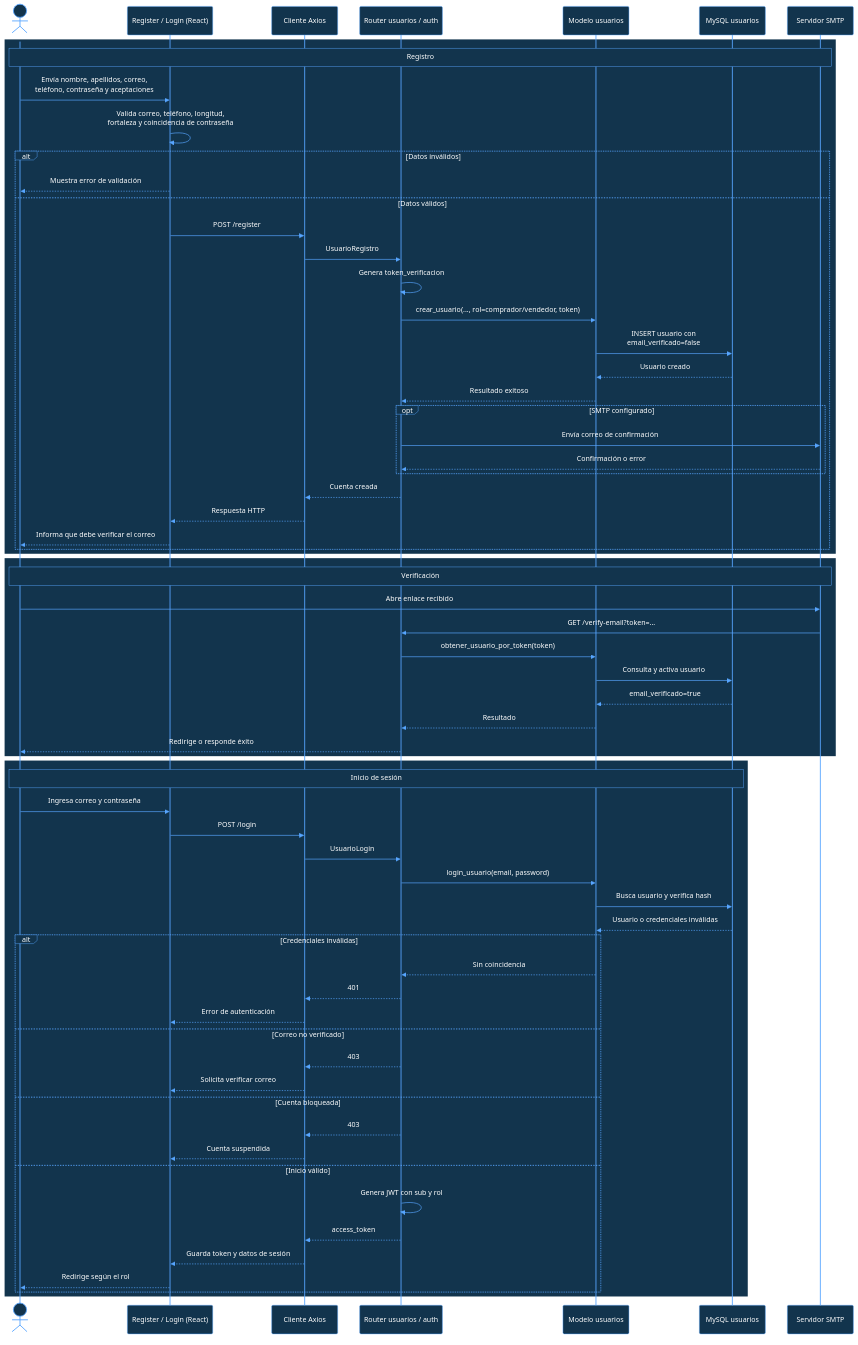
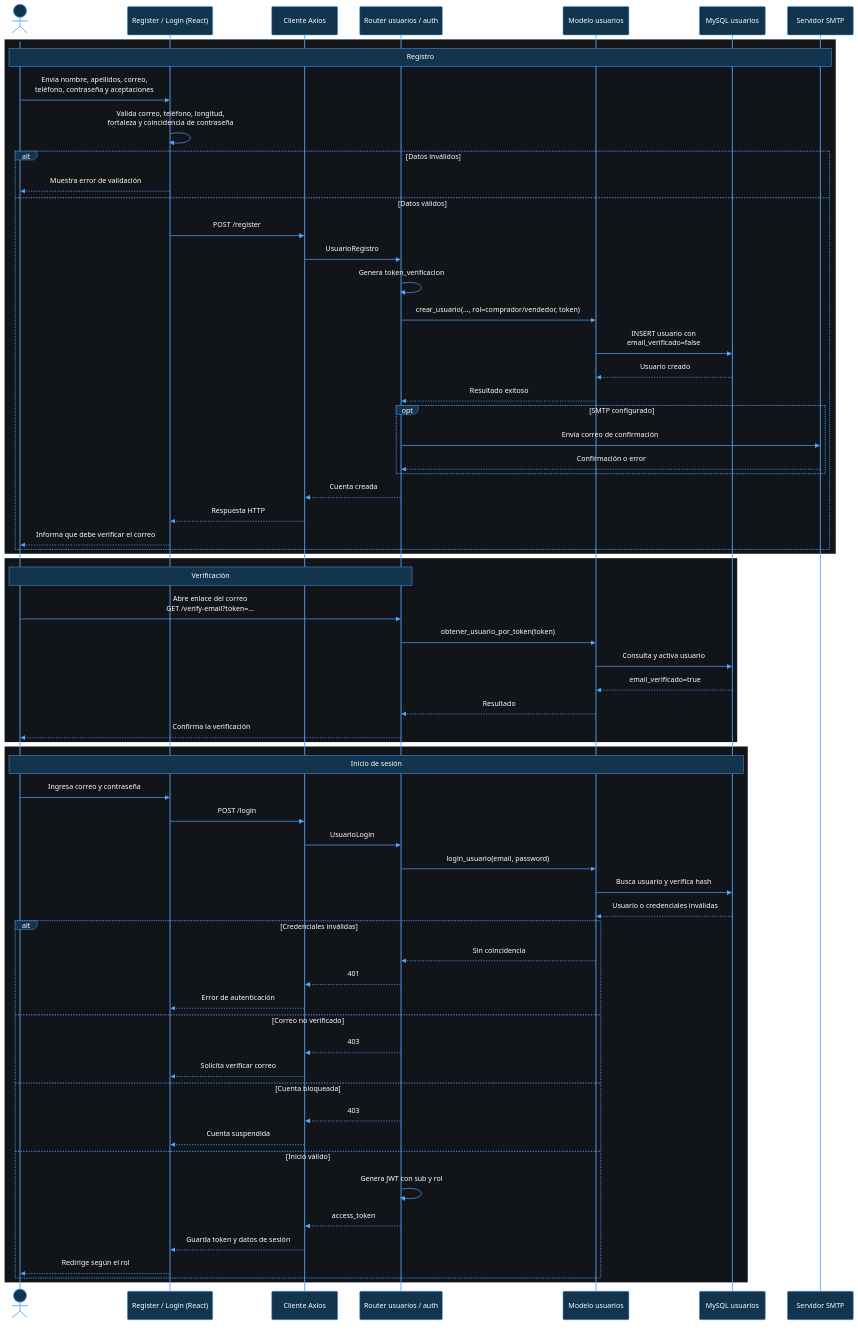
One commit to crisleon93/bookyhome changed the first of 15 diagrams in docs/diagramas-secuencia-bookyhome.md. Above: the diagram before and after it, drawn with Mermaid. The commit also changed other lines of this file and 30 other files, not shown here.

First line of the commit message:
docs: revisa y organiza la documentacion UML de BookyHome

````diff
--- a/docs/diagramas-secuencia-bookyhome.md
+++ b/docs/diagramas-secuencia-bookyhome.md
@@ -38,72 +43,71 @@
 ```mermaid
-%%{init: {"theme":"base","themeVariables":{"background":"#0B1020","primaryColor":"#12344D","primaryTextColor":"#FFFFFF","primaryBorderColor":"#58A6FF","lineColor":"#58A6FF","textColor":"#FFFFFF","actorBkg":"#12344D","actorBorder":"#58A6FF","actorTextColor":"#FFFFFF","actorLineColor":"#58A6FF","signalColor":"#58A6FF","signalTextColor":"#FFFFFF","labelBoxBkgColor":"#12344D","labelBoxBorderColor":"#58A6FF","labelTextColor":"#FFFFFF","loopTextColor":"#FFFFFF","noteBkgColor":"#12344D","noteBorderColor":"#58A6FF","noteTextColor":"#FFFFFF","activationBkgColor":"#12344D","activationBorderColor":"#58A6FF","sequenceNumberColor":"#FFFFFF"}}}%%
+%%{init: {"theme":"base","themeVariables":{"background":"#000000","primaryColor":"#12344D","primaryTextColor":"#FFFFFF","primaryBorderColor":"#58A6FF","lineColor":"#58A6FF","textColor":"#FFFFFF","actorBkg":"#12344D","actorBorder":"#58A6FF","actorTextColor":"#FFFFFF","actorLineColor":"#58A6FF","signalColor":"#58A6FF","signalTextColor":"#FFFFFF","labelBoxBkgColor":"#12344D","labelBoxBorderColor":"#58A6FF","labelTextColor":"#FFFFFF","loopTextColor":"#FFFFFF","noteBkgColor":"#12344D","noteBorderColor":"#58A6FF","noteTextColor":"#FFFFFF","activationBkgColor":"#12344D","activationBorderColor":"#58A6FF","sequenceNumberColor":"#FFFFFF"}}}%%
 sequenceDiagram
     actor Usuario
     participant UI as Register / Login (React)
     participant Axios as Cliente Axios
     participant Auth as Router usuarios / auth
     participant Usuarios as Modelo usuarios
     participant DB as MySQL usuarios
     participant SMTP as Servidor SMTP
 
-    rect rgb(18, 52, 77)
+    rect rgb(17, 20, 24)
     Note over Usuario,SMTP: Registro
     Usuario->>UI: Envía nombre, apellidos, correo,<br/>teléfono, contraseña y aceptaciones
     UI->>UI: Valida correo, teléfono, longitud,<br/>fortaleza y coincidencia de contraseña
     alt Datos inválidos
         UI-->>Usuario: Muestra error de validación
     else Datos válidos
         UI->>Axios: POST /register
         Axios->>Auth: UsuarioRegistro
         Auth->>Auth: Genera token_verificacion
         Auth->>Usuarios: crear_usuario(..., rol=comprador/vendedor, token)
         Usuarios->>DB: INSERT usuario con<br/>email_verificado=false
         DB-->>Usuarios: Usuario creado
         Usuarios-->>Auth: Resultado exitoso
         opt SMTP configurado
             Auth->>SMTP: Envía correo de confirmación
             SMTP-->>Auth: Confirmación o error
         end
         Auth-->>Axios: Cuenta creada
         Axios-->>UI: Respuesta HTTP
         UI-->>Usuario: Informa que debe verificar el correo
     end
     end
 
-    rect rgb(18, 52, 77)
-    Note over Usuario,SMTP: Verificación
-    Usuario->>SMTP: Abre enlace recibido
-    SMTP->>Auth: GET /verify-email?token=...
+    rect rgb(17, 20, 24)
+    Note over Usuario,Auth: Verificación
+    Usuario->>Auth: Abre enlace del correo<br/>GET /verify-email?token=...
     Auth->>Usuarios: obtener_usuario_por_token(token)
     Usuarios->>DB: Consulta y activa usuario
     DB-->>Usuarios: email_verificado=true
     Usuarios-->>Auth: Resultado
-    Auth-->>Usuario: Redirige o responde éxito
+    Auth-->>Usuario: Confirma la verificación
     end
 
-    rect rgb(18, 52, 77)
+    rect rgb(17, 20, 24)
     Note over Usuario,DB: Inicio de sesión
     Usuario->>UI: Ingresa correo y contraseña
     UI->>Axios: POST /login
     Axios->>Auth: UsuarioLogin
     Auth->>Usuarios: login_usuario(email, password)
     Usuarios->>DB: Busca usuario y verifica hash
     DB-->>Usuarios: Usuario o credenciales inválidas
     alt Credenciales inválidas
         Usuarios-->>Auth: Sin coincidencia
         Auth-->>Axios: 401
         Axios-->>UI: Error de autenticación
     else Correo no verificado
         Auth-->>Axios: 403
         Axios-->>UI: Solicita verificar correo
     else Cuenta bloqueada
         Auth-->>Axios: 403
         Axios-->>UI: Cuenta suspendida
     else Inicio válido
         Auth->>Auth: Genera JWT con sub y rol
         Auth-->>Axios: access_token
         Axios-->>UI: Guarda token y datos de sesión
         UI-->>Usuario: Redirige según el rol
     end
     end
 ```
````
